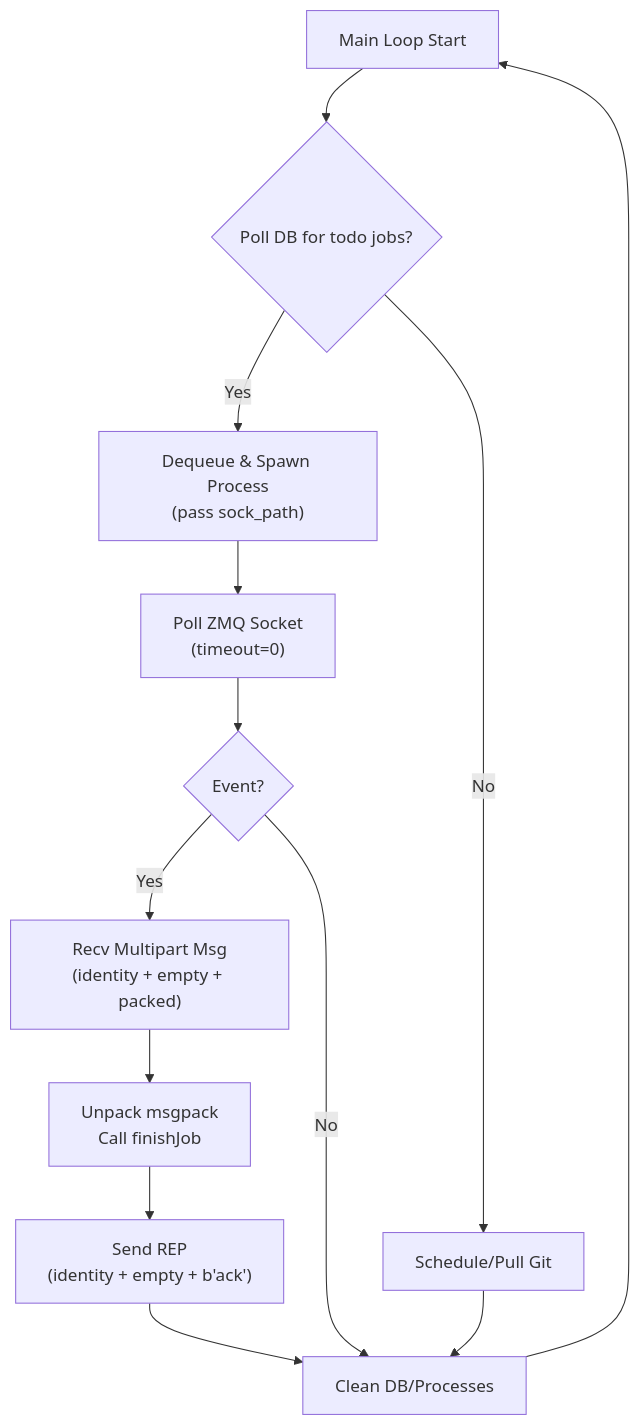
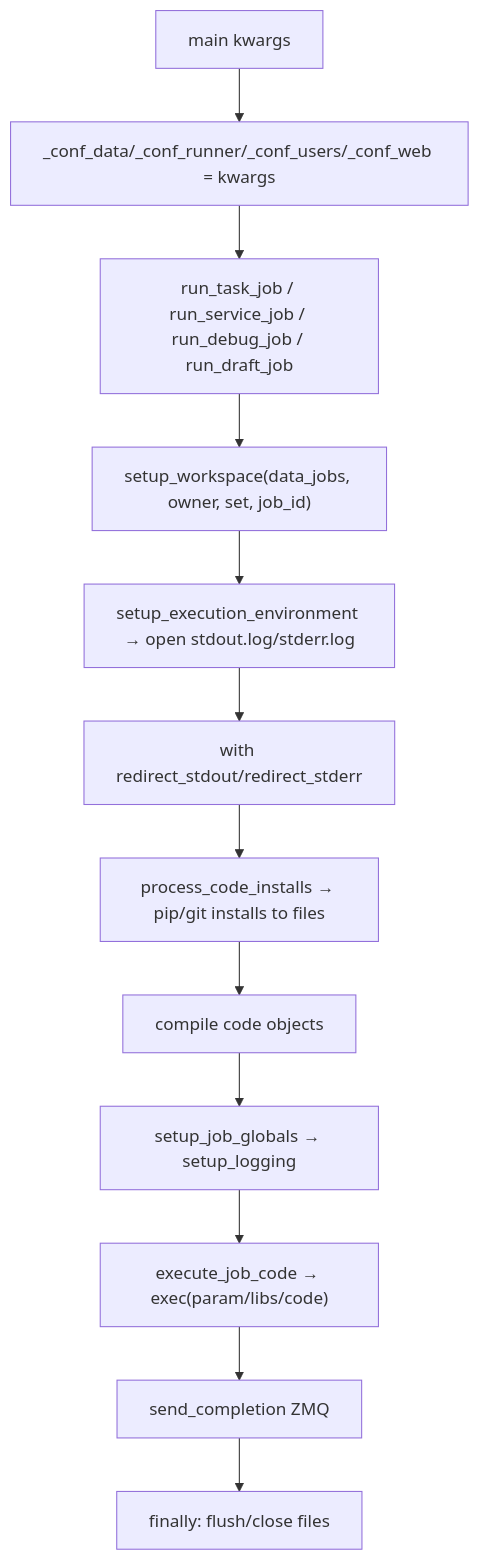
The seventh of 10 diagrams in doc/insights_app.md (pyops-project/pyops), drawn with Mermaid before and after one commit. The commit also changed other lines of this file and 6 other files, not shown here.

````diff
--- a/doc/insights_app.md
+++ b/doc/insights_app.md
@@ -393,15 +276,14 @@
 ```mermaid
-flowchart TD
-    A[Main Loop Start] --> B{Poll DB for todo jobs?}
-    B -->|Yes| C["Dequeue & Spawn Process<br/>(pass sock_path)"]
-    C --> D["Poll ZMQ Socket<br/>(timeout=0)"]
-    D --> E{Event?}
-    E -->|Yes| F["Recv Multipart Msg<br/>(identity + empty + packed)"]
-    F --> G["Unpack msgpack<br/>Call finishJob"]
-    G --> H["Send REP<br/>(identity + empty + b'ack')"]
-    H --> I[Clean DB/Processes]
-    E -->|No| I
-    B -->|No| J[Schedule/Pull Git]
-    J --> I
-    I --> A
+graph TD
+    A[main kwargs] --> B["_conf_data/_conf_runner/_conf_users/_conf_web = kwargs"]
+    B --> C["run_task_job / run_service_job / run_debug_job / run_draft_job"]
+    C --> D["setup_workspace(data_jobs, owner, set, job_id)"]
+    D --> E["setup_execution_environment → open stdout.log/stderr.log"]
+    E --> F["with redirect_stdout/redirect_stderr"]
+    F --> G["process_code_installs → pip/git installs to files"]
+    G --> H["compile code objects"]
+    H --> I["setup_job_globals → setup_logging"]
+    I --> J["execute_job_code → exec(param/libs/code)"]
+    J --> K["send_completion ZMQ"]
+    K --> L["finally: flush/close files"]
 ```
````
